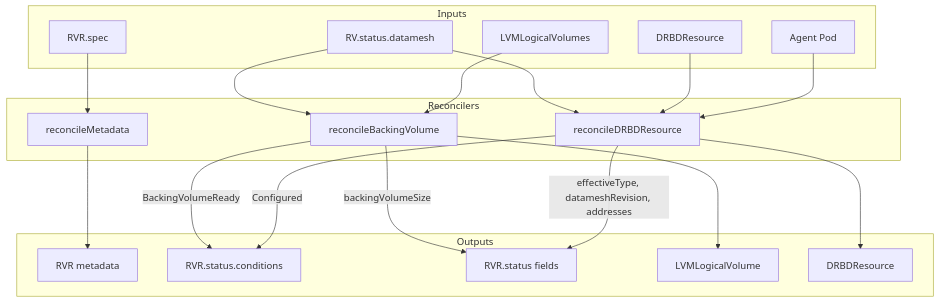
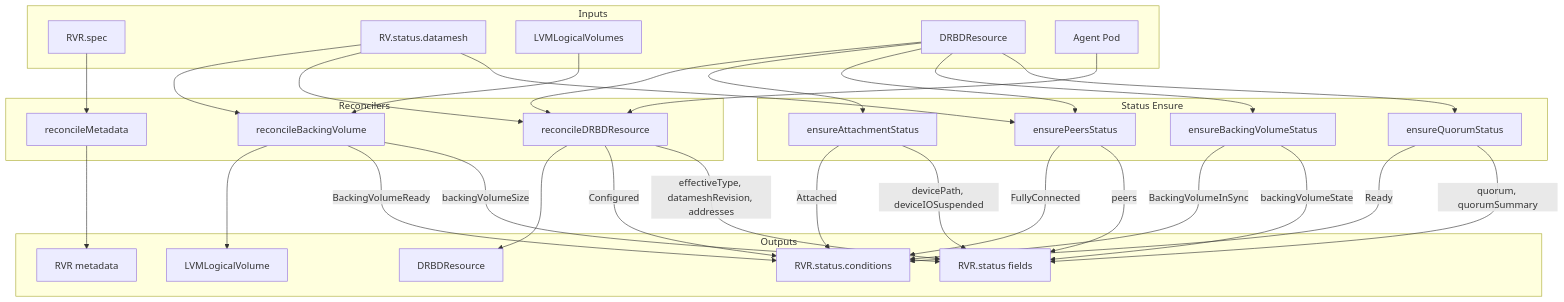
The second of 2 diagrams in images/controller/internal/controllers/rvr_controller/README.md (deckhouse/sds-replicated-volume), drawn with Mermaid before and after one commit. The commit also changed other lines of this file and 11 other files, not shown here.

First line of the commit message:
[rvr_controller] Implement RVR status reporting for attachment, peers, sync, and quorum

````diff
--- a/images/controller/internal/controllers/rvr_controller/README.md
+++ b/images/controller/internal/controllers/rvr_controller/README.md
@@ -352,39 +442,61 @@
 ```mermaid
 flowchart TD
     subgraph inputs [Inputs]
         RVRSpec[RVR.spec]
         RVStatus[RV.status.datamesh]
         LLVs[LVMLogicalVolumes]
         DRBDR[DRBDResource]
         AgentPod[Agent Pod]
     end
 
     subgraph reconcilers [Reconcilers]
         ReconcileMeta[reconcileMetadata]
         ReconcileBV[reconcileBackingVolume]
         ReconcileDRBD[reconcileDRBDResource]
+    end
+
+    subgraph statusEnsure [Status Ensure]
+        EnsureAttach[ensureAttachmentStatus]
+        EnsurePeers[ensurePeersStatus]
+        EnsureBVStatus[ensureBackingVolumeStatus]
+        EnsureQuorum[ensureQuorumStatus]
     end
 
     subgraph outputs [Outputs]
         RVRMeta[RVR metadata]
         RVRStatusConds[RVR.status.conditions]
         RVRStatusFields[RVR.status fields]
         LLVManaged[LVMLogicalVolume]
         DRBDRManaged[DRBDResource]
     end
 
     RVRSpec --> ReconcileMeta
     RVStatus --> ReconcileBV
     RVStatus --> ReconcileDRBD
     LLVs --> ReconcileBV
     DRBDR --> ReconcileDRBD
     AgentPod --> ReconcileDRBD
 
     ReconcileMeta --> RVRMeta
     ReconcileBV --> LLVManaged
     ReconcileBV -->|BackingVolumeReady| RVRStatusConds
     ReconcileBV -->|backingVolumeSize| RVRStatusFields
     ReconcileDRBD --> DRBDRManaged
     ReconcileDRBD -->|Configured| RVRStatusConds
     ReconcileDRBD -->|effectiveType, datameshRevision, addresses| RVRStatusFields
+
+    DRBDR --> EnsureAttach
+    DRBDR --> EnsurePeers
+    DRBDR --> EnsureBVStatus
+    DRBDR --> EnsureQuorum
+    RVStatus --> EnsurePeers
+
+    EnsureAttach -->|Attached| RVRStatusConds
+    EnsureAttach -->|devicePath, deviceIOSuspended| RVRStatusFields
+    EnsurePeers -->|FullyConnected| RVRStatusConds
+    EnsurePeers -->|peers| RVRStatusFields
+    EnsureBVStatus -->|BackingVolumeInSync| RVRStatusConds
+    EnsureBVStatus -->|backingVolumeState| RVRStatusFields
+    EnsureQuorum -->|Ready| RVRStatusConds
+    EnsureQuorum -->|quorum, quorumSummary| RVRStatusFields
 ```
````
